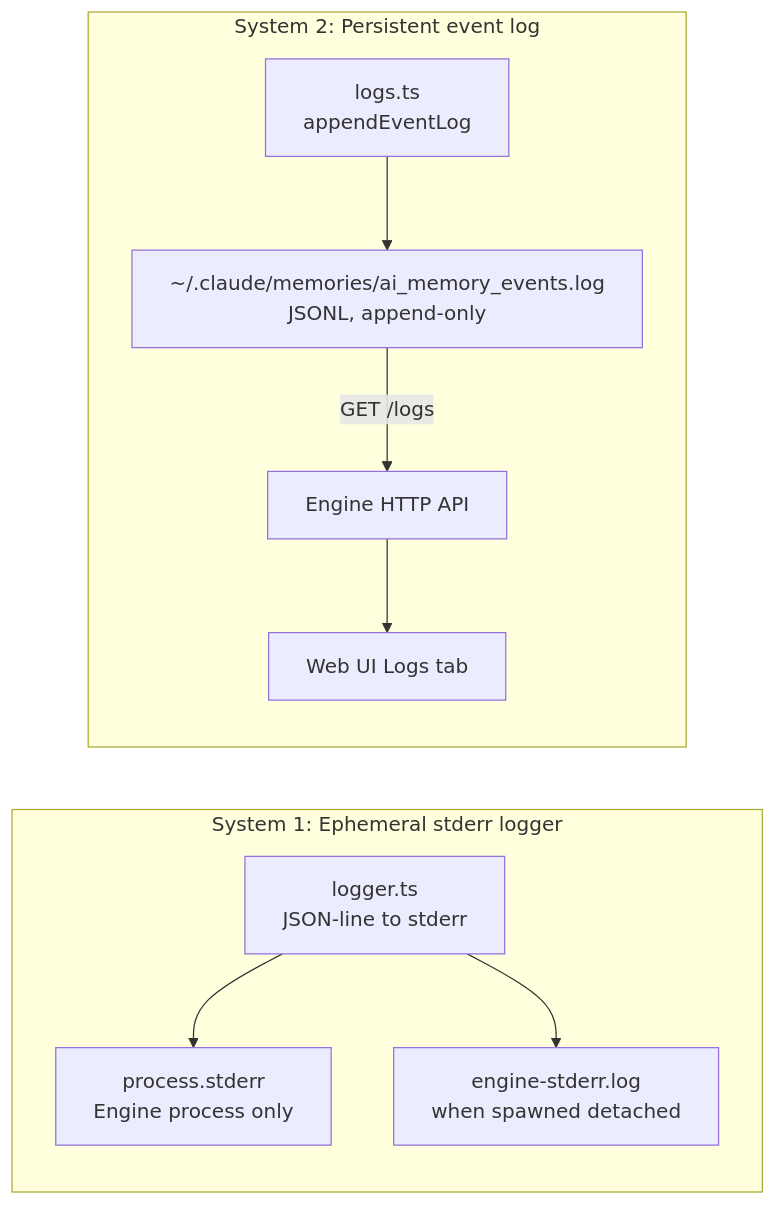
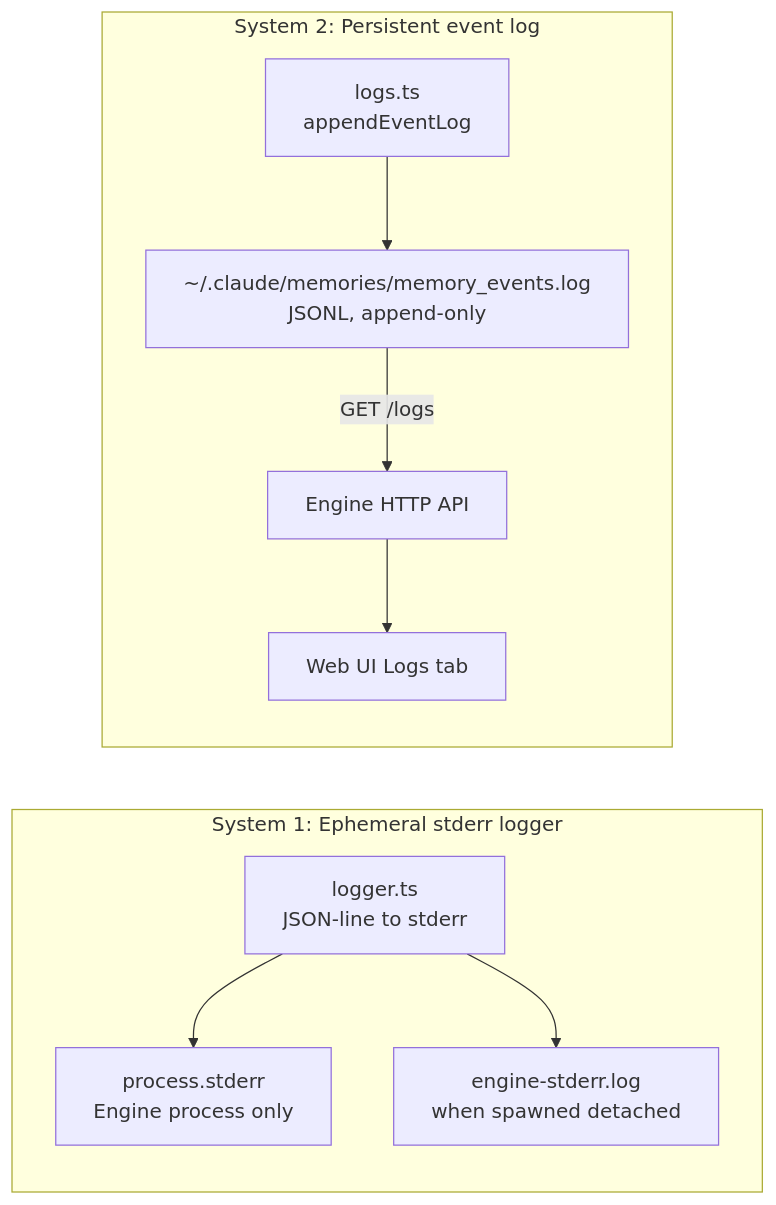
One commit to Michael-Simkin/memories changed the diagram in plugins/memories/docs/logging-systems.md. Above: the diagram before and after it, drawn with Mermaid. The commit also changed other lines of this file and 39 other files, not shown here.

````diff
--- a/plugins/memories/docs/logging-systems.md
+++ b/plugins/memories/docs/logging-systems.md
@@ -7,15 +7,15 @@
 ```mermaid
 graph LR
     subgraph System1["System 1: Ephemeral stderr logger"]
         L1[logger.ts\nJSON-line to stderr]
         L1 --> S1[process.stderr\nEngine process only]
         L1 --> EFILE[engine-stderr.log\nwhen spawned detached]
     end
 
     subgraph System2["System 2: Persistent event log"]
         L2[logs.ts\nappendEventLog]
-        L2 --> ELOG[~/.claude/memories/ai_memory_events.log\nJSONL, append-only]
+        L2 --> ELOG[~/.claude/memories/memory_events.log\nJSONL, append-only]
         ELOG -->|GET /logs| API[Engine HTTP API]
         API --> WEB[Web UI Logs tab]
     end
 ```
````
